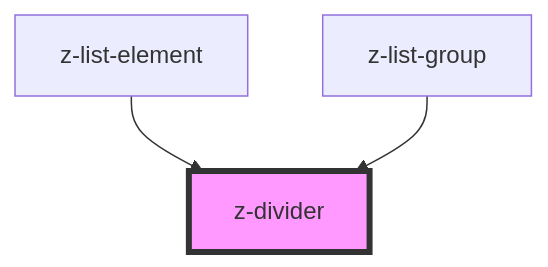
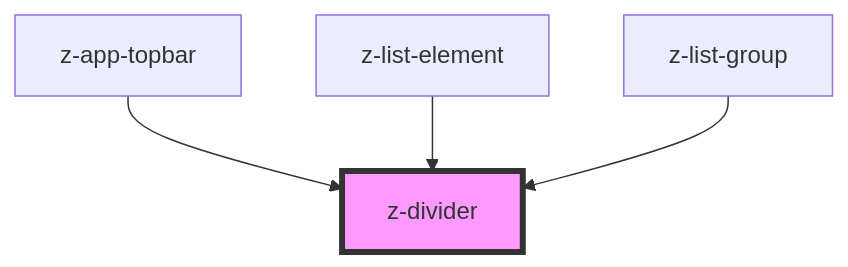
The diagram in src/components/z-divider/readme.md (ZanichelliEditore/design-system), drawn with Mermaid before and after one commit. The commit also changed other lines of this file and 11 other files, not shown here.

Commit message:
refactor: adjust z-app-topbar to new design specifications

````diff
--- a/src/components/z-divider/readme.md
+++ b/src/components/z-divider/readme.md
@@ -25,6 +26,7 @@
 ```mermaid
 graph TD;
+  z-app-topbar --> z-divider
   z-list-element --> z-divider
   z-list-group --> z-divider
   style z-divider fill:#f9f,stroke:#333,stroke-width:4px
 ```
````
